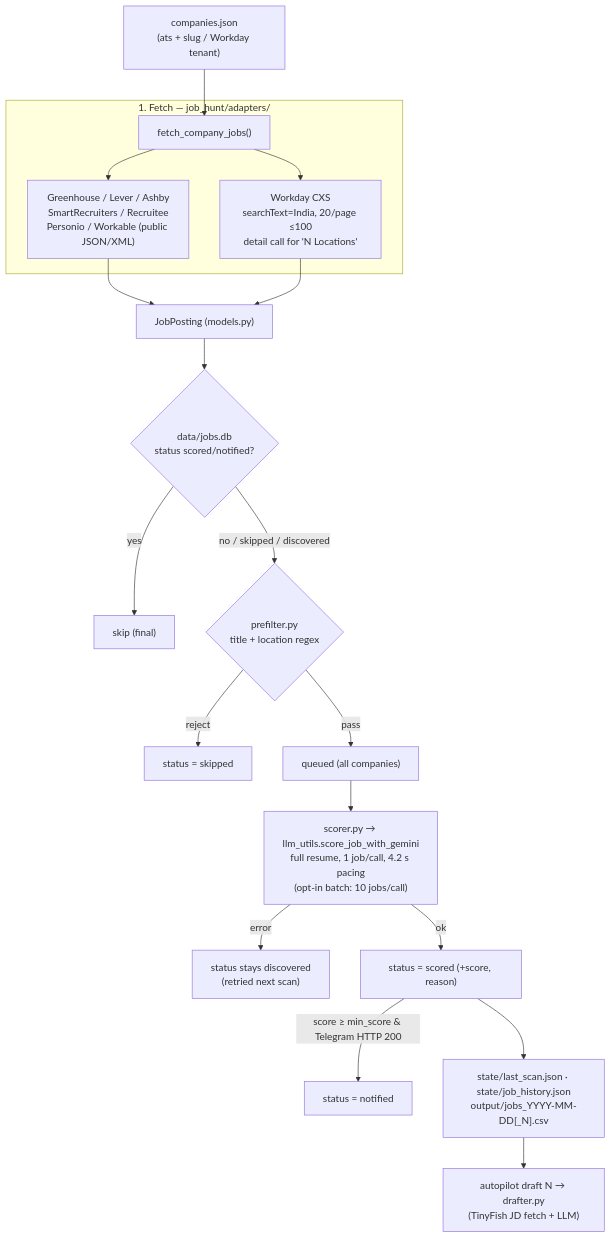
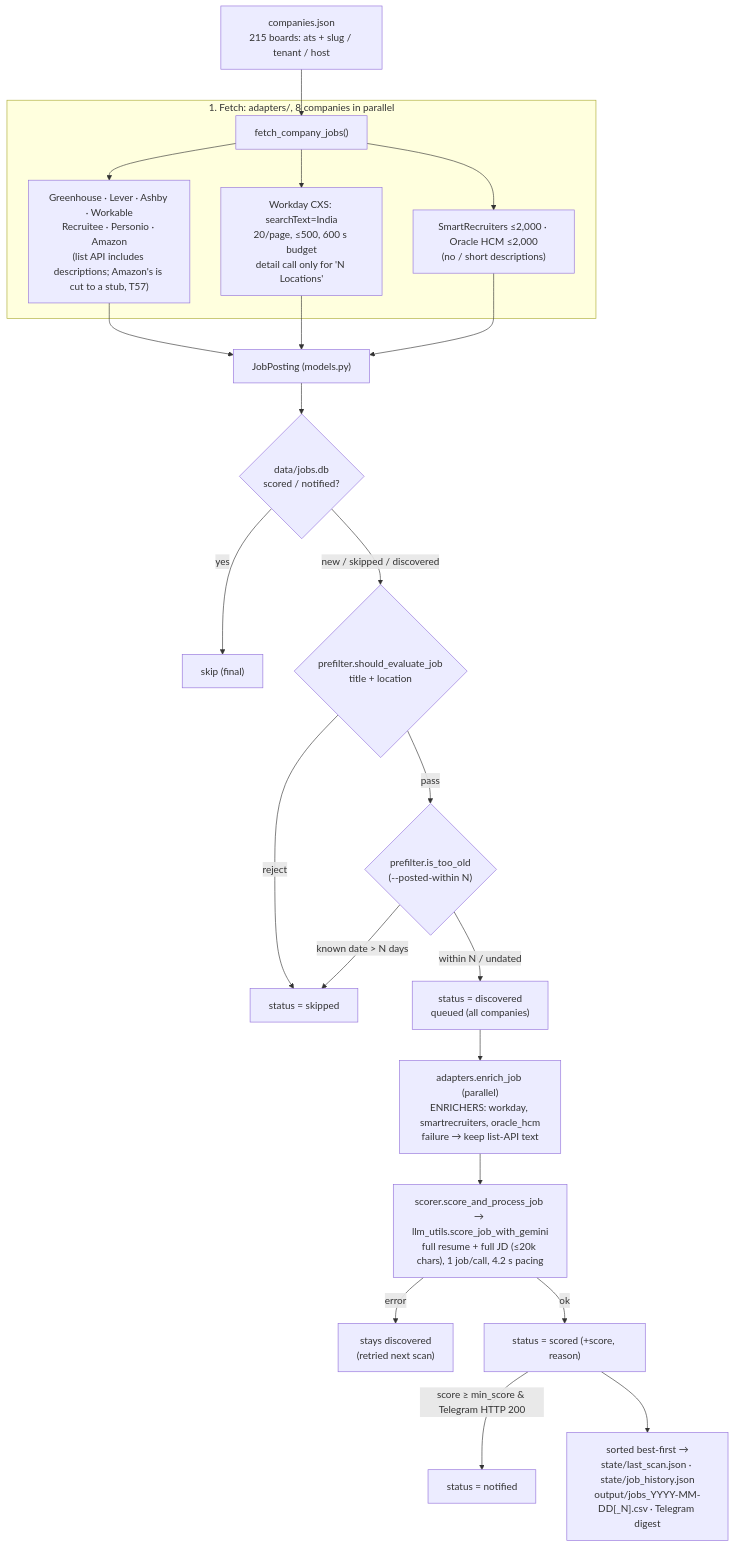
One commit to Manish814142/rolesight changed the diagram in ARCHITECTURE.md. Above: the diagram before and after it, drawn with Mermaid. The commit also changed other lines of this file and 17 other files, not shown here.

````diff
--- a/ARCHITECTURE.md
+++ b/ARCHITECTURE.md
@@ -16,21 +19,25 @@
 ```mermaid
 flowchart TD
-    COMP["companies.json<br/>(ats + slug / Workday tenant)"] --> ADAPT
-    subgraph Fetch ["1. Fetch — job_hunt/adapters/"]
-        ADAPT["fetch_company_jobs()"] --> GH["Greenhouse / Lever / Ashby<br/>SmartRecruiters / Recruitee<br/>Personio / Workable (public JSON/XML)"]
-        ADAPT --> WD["Workday CXS<br/>searchText=India, 20/page ≤100<br/>detail call for 'N Locations'"]
+    COMP["companies.json<br/>215 boards: ats + slug / tenant / host"] --> FETCH
+    subgraph Fetch ["1. Fetch: adapters/, 8 companies in parallel"]
+        FETCH["fetch_company_jobs()"] --> LISTAPI["Greenhouse · Lever · Ashby · Workable<br/>Recruitee · Personio · Amazon<br/>(list API includes descriptions; Amazon's is cut to a stub, T57)"]
+        FETCH --> WD["Workday CXS: searchText=India<br/>20/page, ≤500, 600 s budget<br/>detail call only for 'N Locations'"]
+        FETCH --> SROH["SmartRecruiters ≤2,000 · Oracle HCM ≤2,000<br/>(no / short descriptions)"]
     end
-    GH --> JP["JobPosting (models.py)"]
+    LISTAPI --> JP["JobPosting (models.py)"]
     WD --> JP
-    JP --> DEDUP{"data/jobs.db<br/>status scored/notified?"}
+    SROH --> JP
+    JP --> DEDUP{"data/jobs.db<br/>scored / notified?"}
     DEDUP -- yes --> SKIPF["skip (final)"]
-    DEDUP -- "no / skipped / discovered" --> PF{"prefilter.py<br/>title + location regex"}
+    DEDUP -- "new / skipped / discovered" --> PF{"prefilter.should_evaluate_job<br/>title + location"}
     PF -- reject --> SKIPPED["status = skipped"]
-    PF -- pass --> QUEUE["queued (all companies)"]
-    QUEUE --> SCORE["scorer.py → llm_utils.score_job_with_gemini<br/>full resume, 1 job/call, 4.2 s pacing<br/>(opt-in batch: 10 jobs/call)"]
-    SCORE -- error --> DISC["status stays discovered<br/>(retried next scan)"]
+    PF -- pass --> AGE{"prefilter.is_too_old<br/>(--posted-within N)"}
+    AGE -- "known date > N days" --> SKIPPED
+    AGE -- "within N / undated" --> QUEUE["status = discovered<br/>queued (all companies)"]
+    QUEUE --> ENRICH["adapters.enrich_job (parallel)<br/>ENRICHERS: workday, smartrecruiters, oracle_hcm<br/>failure → keep list-API text"]
+    ENRICH --> SCORE["scorer.score_and_process_job → llm_utils.score_job_with_gemini<br/>full resume + full JD (≤20k chars), 1 job/call, 4.2 s pacing"]
+    SCORE -- error --> DISC["stays discovered<br/>(retried next scan)"]
     SCORE -- ok --> SCORED["status = scored (+score, reason)"]
     SCORED -- "score ≥ min_score & Telegram HTTP 200" --> NOTIFIED["status = notified"]
-    SCORED --> OUT["state/last_scan.json · state/job_history.json<br/>output/jobs_YYYY-MM-DD[_N].csv"]
-    OUT --> DRAFT["autopilot draft N → drafter.py<br/>(TinyFish JD fetch + LLM)"]
+    SCORED --> OUT["sorted best-first →<br/>state/last_scan.json · state/job_history.json<br/>output/jobs_YYYY-MM-DD[_N].csv · Telegram digest"]
 ```
````
